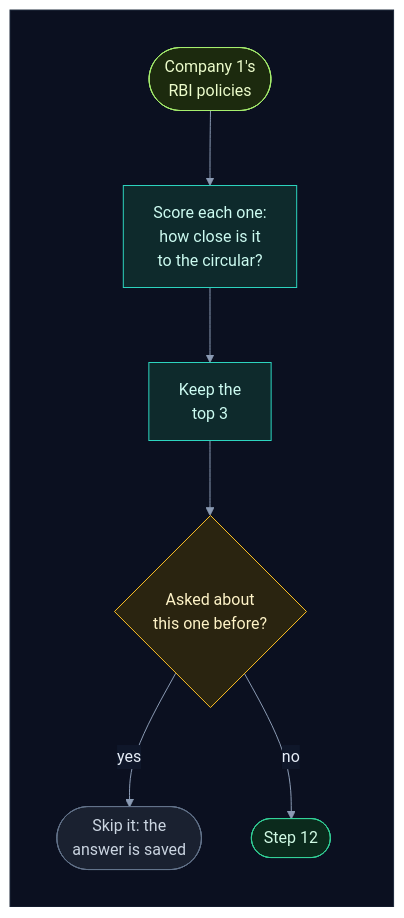
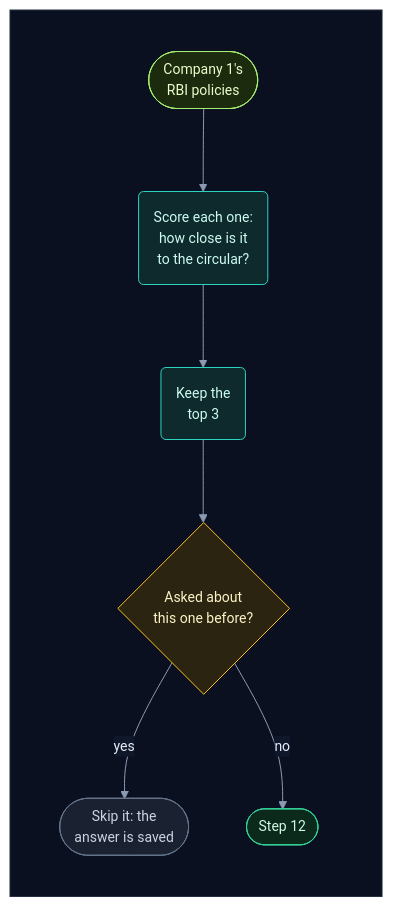
Before and after one commit to selvakumarperumal/Regulatory_Circular_Impact_Agent: diagram 17 of 45 in backend/worker/INTERNALS.md, drawn with Mermaid. The commit also changed other lines of this file and 5 other files, not shown here.

Commit message:
Give the docs' flowcharts a shape per kind of part, more room and slightly smaller text

````diff
--- a/backend/worker/INTERNALS.md
+++ b/backend/worker/INTERNALS.md
@@ -994,28 +994,28 @@
 ```mermaid
-%%{init: {"theme": "base", "flowchart": {"diagramPadding": 0}, "themeVariables": {"darkMode": true, "primaryColor": "#16213a", "primaryTextColor": "#e6edf7", "primaryBorderColor": "#475a7a", "lineColor": "#8b9bb4", "secondaryColor": "#1b2436", "tertiaryColor": "#101a2e", "edgeLabelBackground": "#0f172a", "textColor": "#e2e8f0", "clusterBkg": "#0f1728", "clusterBorder": "#2b3a55", "titleColor": "#c4b5fd", "nodeTextColor": "#e6edf7"}}}%%
+%%{init: {"theme": "base", "flowchart": {"diagramPadding": 0, "nodeSpacing": 58, "rankSpacing": 58, "curve": "basis"}, "themeVariables": {"fontSize": "14px", "darkMode": true, "primaryColor": "#16213a", "primaryTextColor": "#e6edf7", "primaryBorderColor": "#475a7a", "lineColor": "#8b9bb4", "secondaryColor": "#1b2436", "tertiaryColor": "#101a2e", "edgeLabelBackground": "#0f172a", "textColor": "#e2e8f0", "clusterBkg": "#0f1728", "clusterBorder": "#2b3a55", "titleColor": "#c4b5fd", "nodeTextColor": "#e6edf7"}}}%%
 flowchart TD
     subgraph canvas[" "]
         direction TB
-        p(["Company 1's<br/>RBI policies"]) --> sc["Score each one:<br/>how close is it<br/>to the circular?"]
-        sc --> top["Keep the<br/>top 3"]
+        p(["Company 1's<br/>RBI policies"]) --> sc("Score each one:<br/>how close is it<br/>to the circular?")
+        sc --> top("Keep the<br/>top 3")
         top --> q{"Asked about<br/>this one before?"}
         q -->|"yes"| sk(["Skip it: the<br/>answer is saved"])
         q -->|"no"| s12(["Step 12"])
     end
     classDef svc fill:#0e2a2c,stroke:#2dd4bf,color:#ccfbf1
     classDef data fill:#1c1a47,stroke:#818cf8,color:#e0e7ff
     classDef ext fill:#2a1640,stroke:#c084fc,color:#f3e8ff
     classDef gpu fill:#2d1b0c,stroke:#fb923c,color:#ffedd5
     classDef ask fill:#2a2410,stroke:#fbbf24,color:#fef3c7
     classDef ok fill:#0b2a1c,stroke:#34d399,color:#d1fae5
     classDef bad fill:#2e0f17,stroke:#fb7185,color:#ffe4e6
     classDef start fill:#1c2a0e,stroke:#a7ef6f,color:#ecfccb
     classDef muted fill:#1a2130,stroke:#64748b,color:#cbd5e1
     classDef queue fill:#0c2231,stroke:#38bdf8,color:#e0f2fe
     class p start
     class sc,top svc
     class q ask
     class sk muted
     class s12 ok
     style canvas fill:#0b1020,stroke:#1e293b,color:#0b1020
 ```
````
